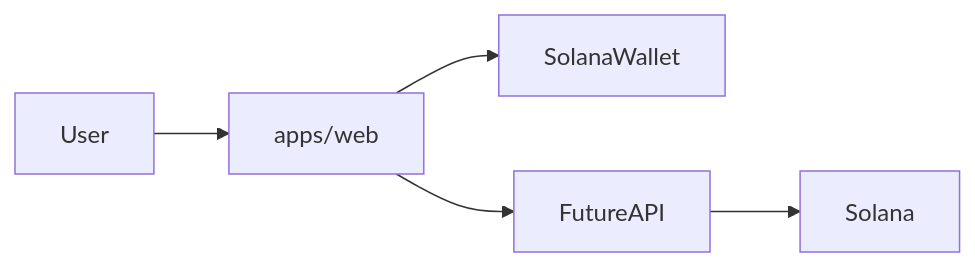
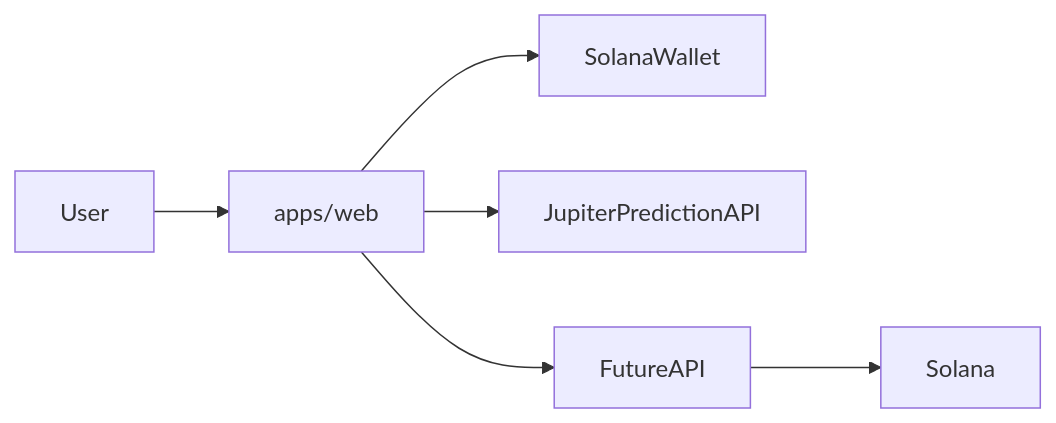
One commit to nftblockboy/solbase changed the diagram in README.md. Above: the diagram before and after it, drawn with Mermaid. The commit also changed other lines of this file and 168 other files, not shown here.

````diff
--- a/README.md
+++ b/README.md
@@ -65,7 +99,8 @@
 ```mermaid
 flowchart LR
   user[User] --> web[apps/web]
   web --> wallet[SolanaWallet]
+  web --> jupiter[JupiterPredictionAPI]
   web --> api[FutureAPI]
   api --> chain[Solana]
 ```
````
